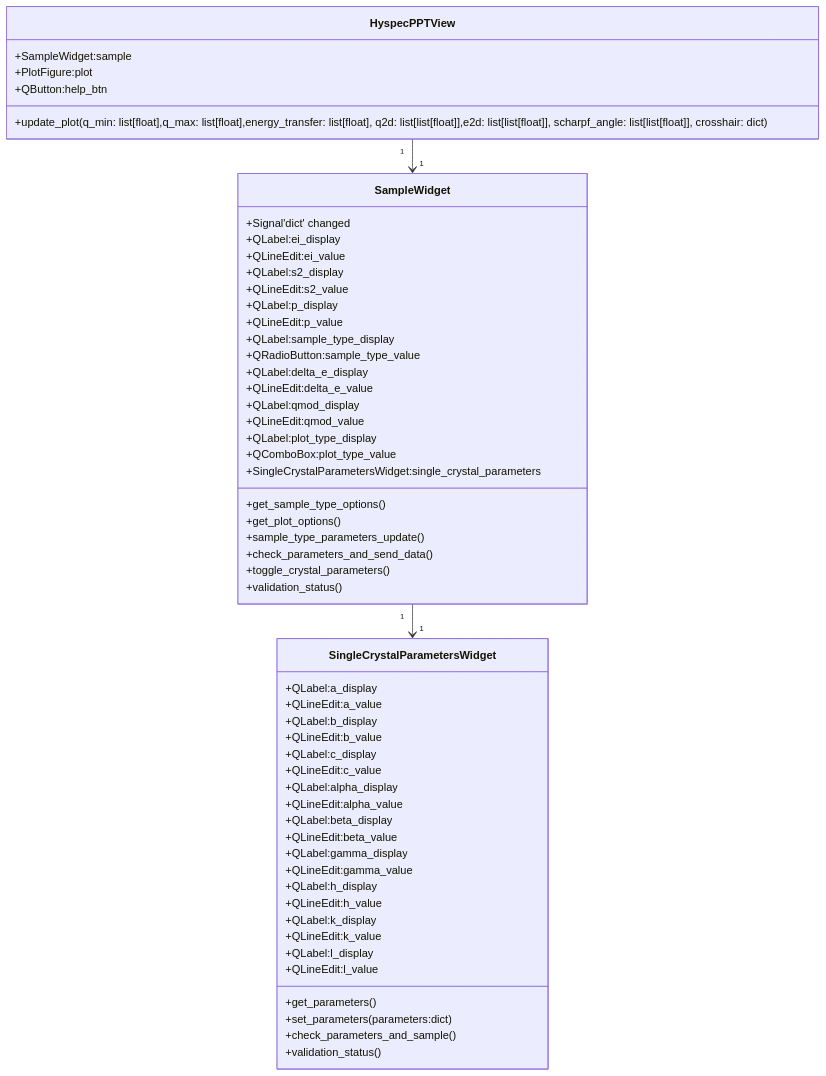
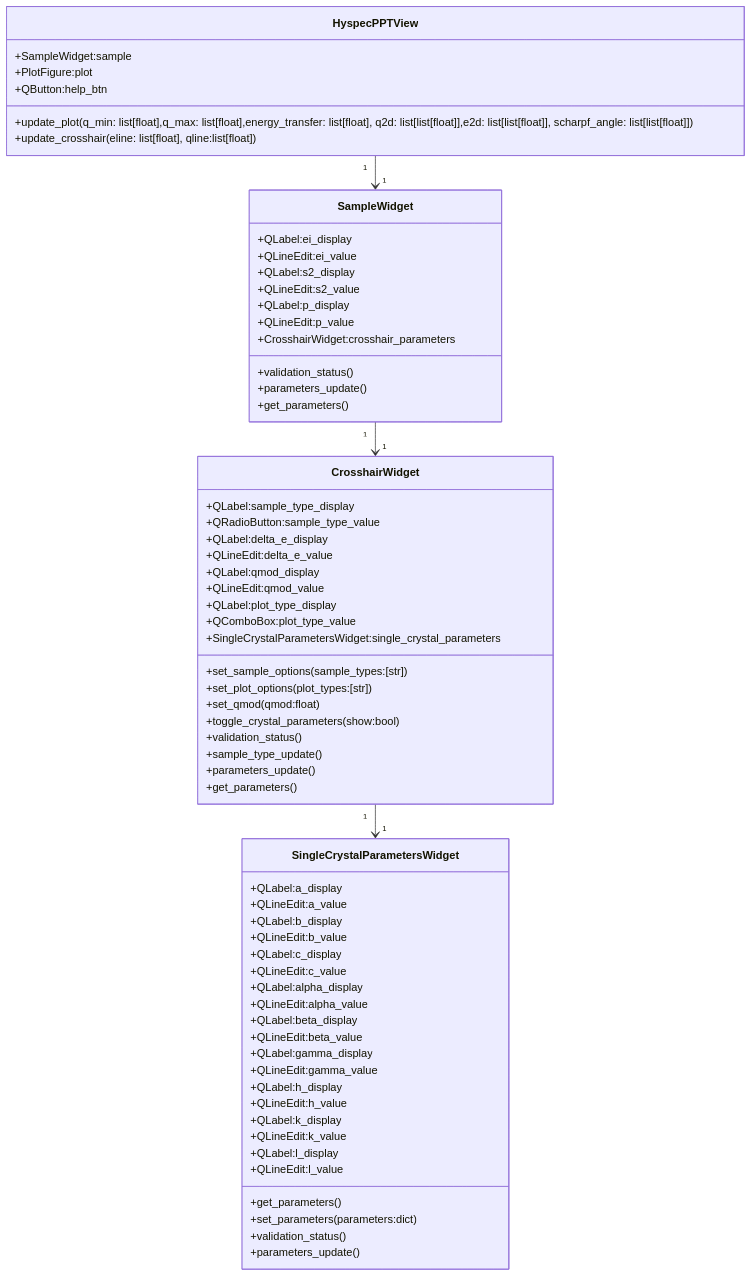
The second of 8 diagrams in docs/source/design/hyspecpptclasses.rst (neutrons/hyspecppt), drawn with Mermaid before and after one commit. The commit also changed other lines of this file, not shown here.

```diff
--- a/docs/source/design/hyspecpptclasses.rst
+++ b/docs/source/design/hyspecpptclasses.rst
@@ -282,62 +265,76 @@
 .. mermaid::
 
  classDiagram
     HyspecPPTView "1" -->"1" SampleWidget
-    SampleWidget "1" -->"1" SingleCrystalParametersWidget
+    SampleWidget "1" -->"1" CrosshairWidget
+    CrosshairWidget "1" -->"1" SingleCrystalParametersWidget
 
     class HyspecPPTView{
         +SampleWidget:sample
         +PlotFigure:plot
         +QButton:help_btn
-        +update_plot(q_min: list[float],q_max: list[float],energy_transfer: list[float], q2d: list[list[float]],e2d: list[list[float]], scharpf_angle: list[list[float]], crosshair: dict)
+        +update_plot(q_min: list[float],q_max: list[float],energy_transfer: list[float], q2d: list[list[float]],e2d: list[list[float]], scharpf_angle: list[list[float]])
+        +update_crosshair(eline: list[float], qline:list[float])
+
     }
 
     class SampleWidget{
-        +Signal'dict' changed
         +QLabel:ei_display
         +QLineEdit:ei_value
         +QLabel:s2_display
         +QLineEdit:s2_value
         +QLabel:p_display
         +QLineEdit:p_value
+        +CrosshairWidget:crosshair_parameters
+        +validation_status()
+        +parameters_update()
+        +get_parameters()
+
+    }
+
+    class CrosshairWidget{
         +QLabel:sample_type_display
         +QRadioButton:sample_type_value
         +QLabel:delta_e_display
         +QLineEdit:delta_e_value
         +QLabel:qmod_display
         +QLineEdit:qmod_value
         +QLabel:plot_type_display
         +QComboBox:plot_type_value
         +SingleCrystalParametersWidget:single_crystal_parameters
-        +get_sample_type_options()
-        +get_plot_options()
-        +sample_type_parameters_update()
-        +check_parameters_and_send_data()
-        +toggle_crystal_parameters()
+        +set_sample_options(sample_types:[str])
+        +set_plot_options(plot_types:[str])
+        +set_qmod(qmod:float)
+        +toggle_crystal_parameters(show:bool)
         +validation_status()
+        +sample_type_update()
+        +parameters_update()
+        +get_parameters()
+
     }
 
     class SingleCrystalParametersWidget{
         +QLabel:a_display
         +QLineEdit:a_value
         +QLabel:b_display
         +QLineEdit:b_value
         +QLabel:c_display
         +QLineEdit:c_value
         +QLabel:alpha_display
         +QLineEdit:alpha_value
         +QLabel:beta_display
         +QLineEdit:beta_value
         +QLabel:gamma_display
         +QLineEdit:gamma_value
         +QLabel:h_display
         +QLineEdit:h_value
         +QLabel:k_display
         +QLineEdit:k_value
         +QLabel:l_display
         +QLineEdit:l_value
         +get_parameters()
         +set_parameters(parameters:dict)
-        +check_parameters_and_sample()
         +validation_status()
+        +parameters_update()
+
     }
```
